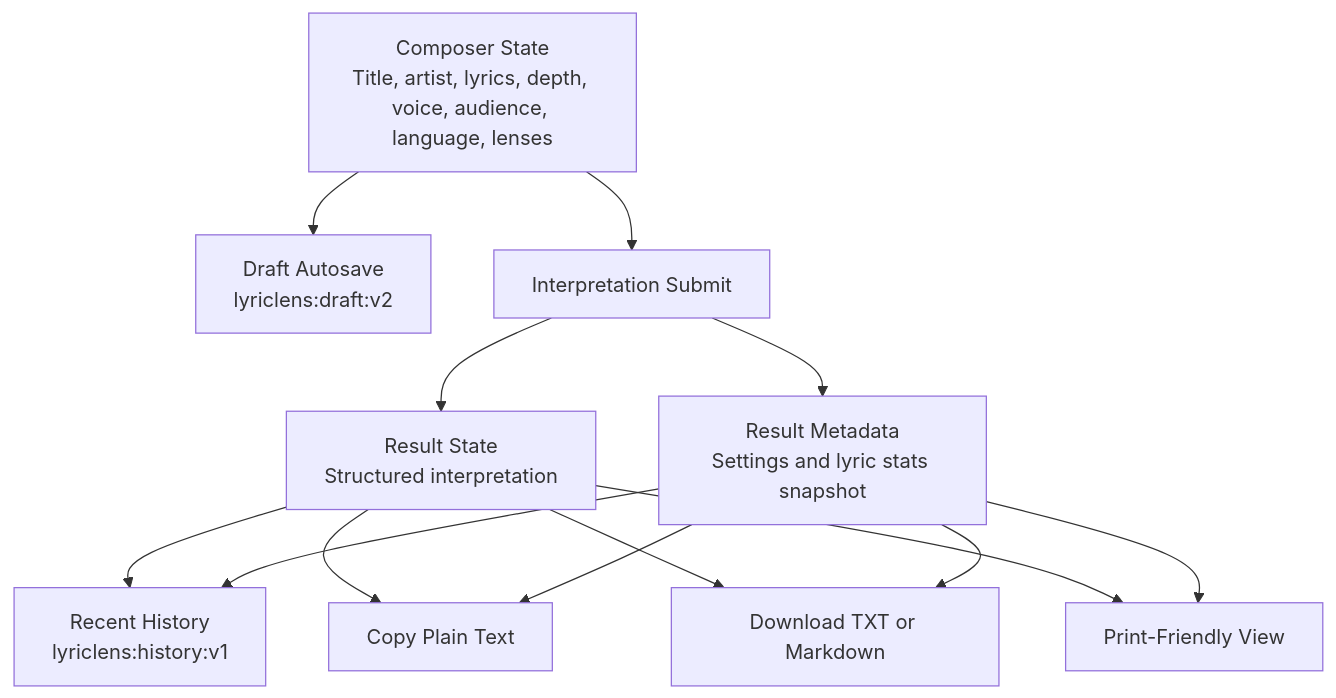
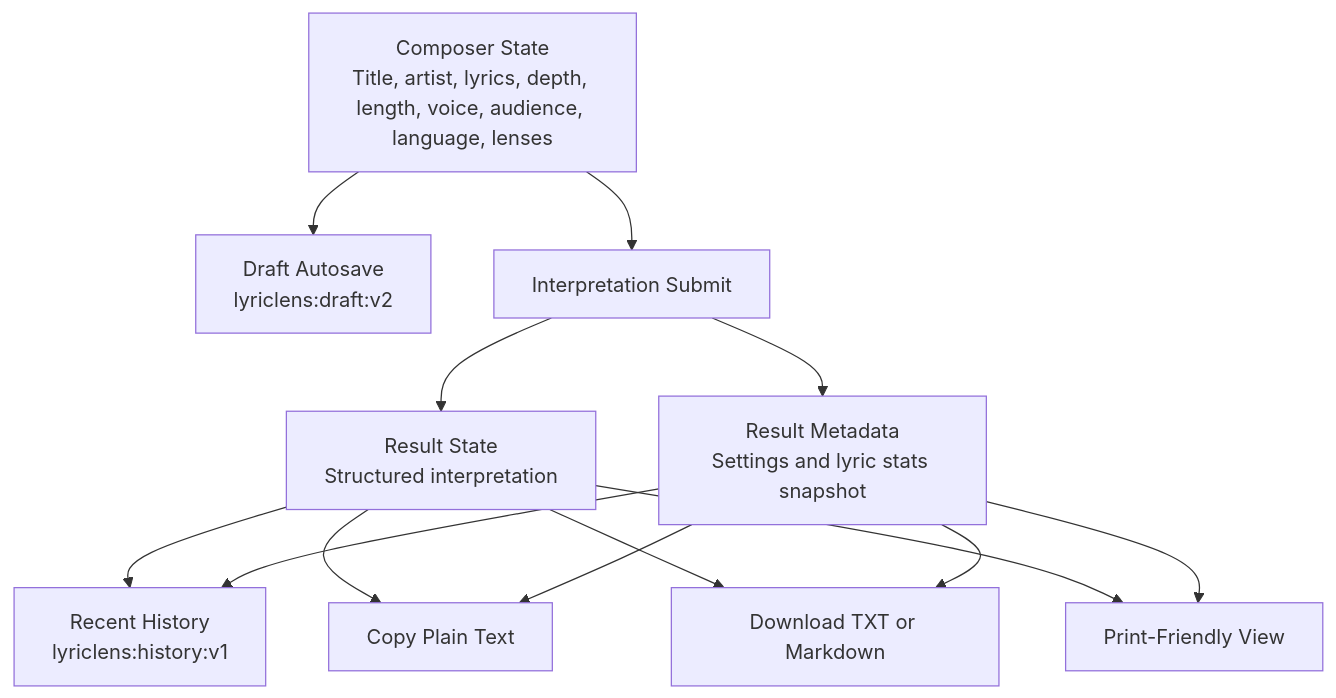
The third of 3 diagrams in PROJECT_DOCUMENTATION.md (AsadullahBajwa/LyricLens), drawn with Mermaid before and after one commit. The commit also changed other lines of this file and 5 other files, not shown here.

````diff
--- a/PROJECT_DOCUMENTATION.md
+++ b/PROJECT_DOCUMENTATION.md
@@ -93,25 +93,25 @@
 ```mermaid
 flowchart TD
-  form["Composer State<br/>Title, artist, lyrics, depth, voice, audience, language, lenses"]
+  form["Composer State<br/>Title, artist, lyrics, depth, length, voice, audience, language, lenses"]
   draft["Draft Autosave<br/>lyriclens:draft:v2"]
   submit["Interpretation Submit"]
   result["Result State<br/>Structured interpretation"]
   meta["Result Metadata<br/>Settings and lyric stats snapshot"]
   history["Recent History<br/>lyriclens:history:v1"]
   copy["Copy Plain Text"]
   download["Download TXT or Markdown"]
   print["Print-Friendly View"]
 
   form --> draft
   form --> submit
   submit --> result
   submit --> meta
   result --> history
   meta --> history
   result --> copy
   meta --> copy
   result --> download
   meta --> download
   result --> print
   meta --> print
 ```
````
